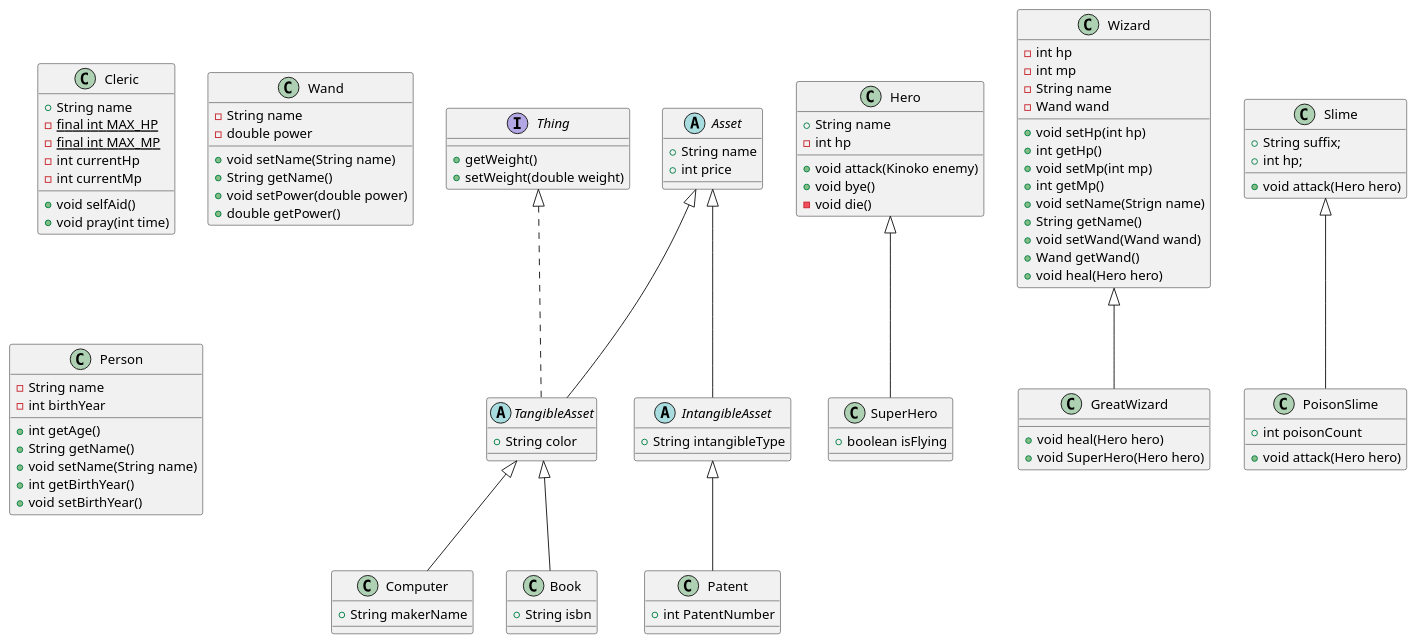
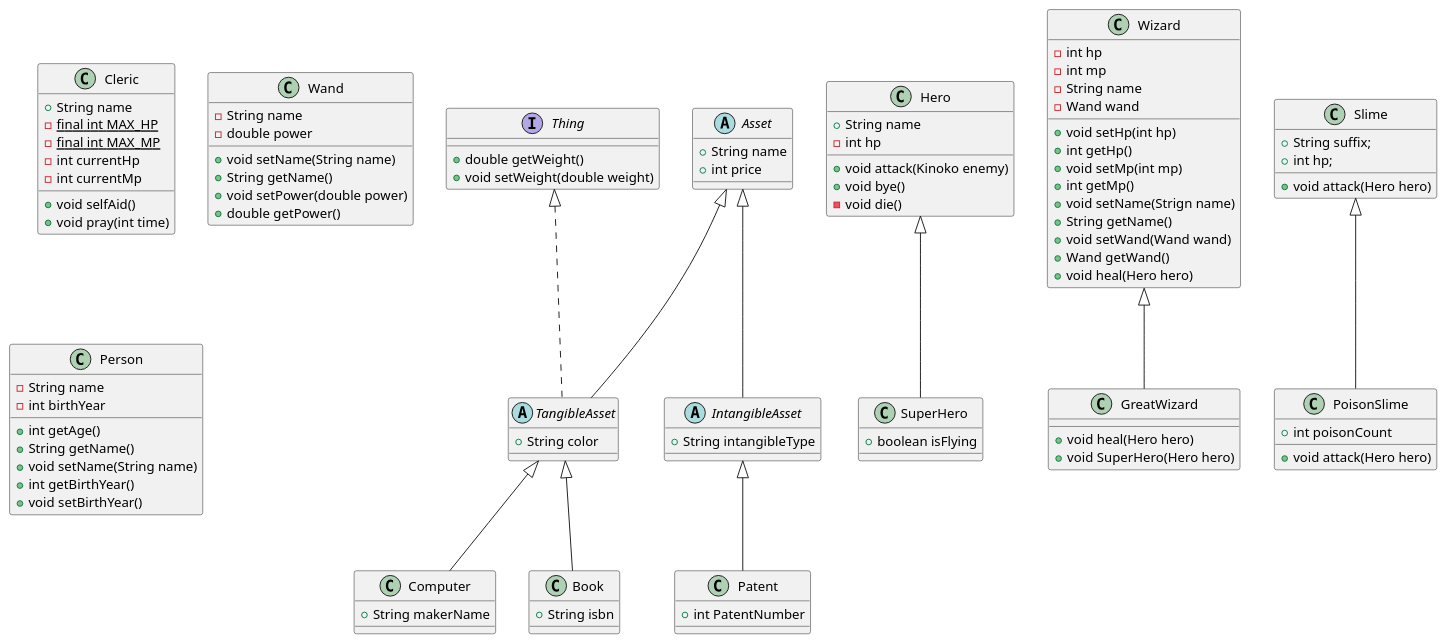
The diagram in src/main/java/com/survivalcoding/game.puml (SurvivalCodingCampus/polytech_java_study), drawn with PlantUML before and after one commit.

Commit message:
design: 인터페이스 반환형 추가

```diff
--- a/src/main/java/com/survivalcoding/game.puml
+++ b/src/main/java/com/survivalcoding/game.puml
@@ -1,99 +1,99 @@
 @startuml
 'https://plantuml.com/class-diagram
 class Computer extends TangibleAsset{
     + String makerName
 }
 class Book extends TangibleAsset{
     + String isbn
 }
 abstract class TangibleAsset extends Asset implements Thing{
     + String color
 }
 class Patent extends IntangibleAsset{
     + int PatentNumber
 }
 abstract class IntangibleAsset extends Asset{
     + String intangibleType
 }
 abstract class Asset{
     + String name
     + int price
 }
 interface Thing{
-    + getWeight()
-    + setWeight(double weight)
+    + double getWeight()
+    + void setWeight(double weight)
 }
 
 class SuperHero extends Hero{
     + boolean isFlying
 }
 
 class Cleric{
     + String name
     - {static} final int MAX_HP
     - {static} final int MAX_MP
     - int currentHp
     - int currentMp
 
     + void selfAid()
     + void pray(int time)
 
 }
 class Hero {
     + String name
     - int hp
 
     + void attack(Kinoko enemy)
     + void bye()
     - void die()
 }
 class Wizard{
     - int hp
     - int mp
     - String name
     - Wand wand
 
     + void setHp(int hp)
     + int getHp()
     + void setMp(int mp)
     + int getMp()
     + void setName(Strign name)
     + String getName()
     + void setWand(Wand wand)
     + Wand getWand()
     + void heal(Hero hero)
 }
 class GreatWizard extends Wizard{
     + void heal(Hero hero)
     + void SuperHero(Hero hero)
 }
 class Slime{
     + String suffix;
     + int hp;
     + void attack(Hero hero)
 }
 class PoisonSlime extends Slime{
     + int poisonCount
     + void attack(Hero hero)
 }
 class Wand{
     - String name
     - double power
 
     + void setName(String name)
     + String getName()
     + void setPower(double power)
     + double getPower()
 }
 
 class Person{
     - String name
     - int birthYear
 
     + int getAge()
     + String getName()
     + void setName(String name)
     + int getBirthYear()
     + void setBirthYear()
 }
 @enduml
```
